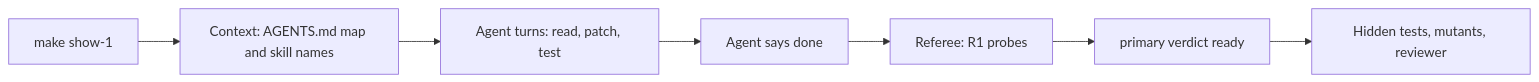
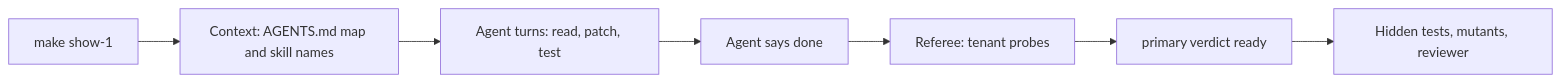
Before and after one commit to ANI-IN/shipharness-dev: the first of 5 diagrams in slides/deck.md, drawn with Mermaid. The commit also changed other lines of this file and 12 other files, not shown here.

````diff
--- a/slides/deck.md
+++ b/slides/deck.md
@@ -210,9 +213,9 @@
 ```mermaid
 flowchart LR
   L["make show-1"] --> P["Context: AGENTS.md map and skill names"]
   P --> A["Agent turns: read, patch, test"]
   A --> D["Agent says done"]
-  D --> R["Referee: R1 probes"]
+  D --> R["Referee: tenant probes"]
   R --> V["primary verdict ready"]
   V --> S["Hidden tests, mutants, reviewer"]
 ```
````
